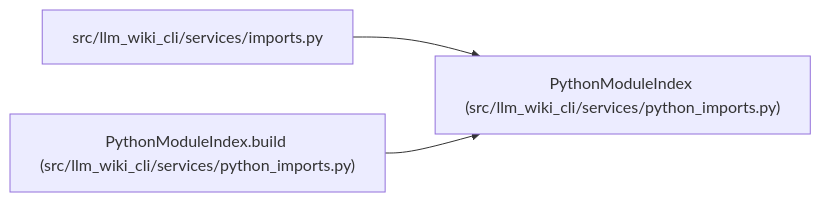
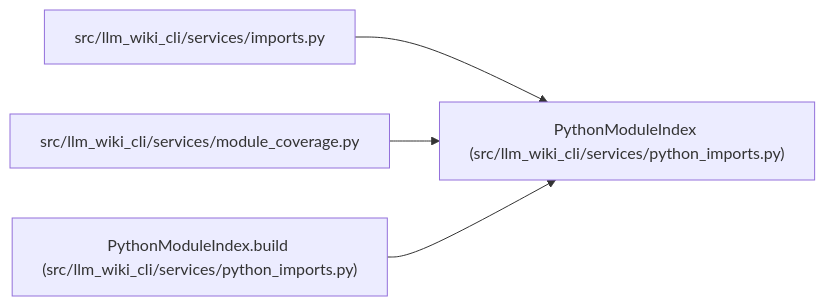
One commit to Denissvgn/python-wiki-llm changed the diagram in docs/llm_wiki/entities/PythonModuleIndex.md. Above: the diagram before and after it, drawn with Mermaid. The commit also changed other lines of this file and 581 other files, not shown here.

````diff
--- a/docs/llm_wiki/entities/PythonModuleIndex.md
+++ b/docs/llm_wiki/entities/PythonModuleIndex.md
@@ -32,11 +32,14 @@
 ```mermaid
 flowchart LR
     n0["PythonModuleIndex (src/llm_wiki_cli/services/python_imports.py)"]
     n1["src/llm_wiki_cli/services/imports.py"]
-    n2["PythonModuleIndex.build (src/llm_wiki_cli/services/python_imports.py)"]
+    n2["src/llm_wiki_cli/services/module_coverage.py"]
+    n3["PythonModuleIndex.build (src/llm_wiki_cli/services/python_imports.py)"]
     n1 --> n0
     n2 --> n0
+    n3 --> n0
     click n0 "../modules/python_imports.md"
     click n1 "../modules/imports.md"
-    click n2 "../modules/python_imports.md"
+    click n2 "../modules/module_coverage.md"
+    click n3 "../modules/python_imports.md"
 ```
````
